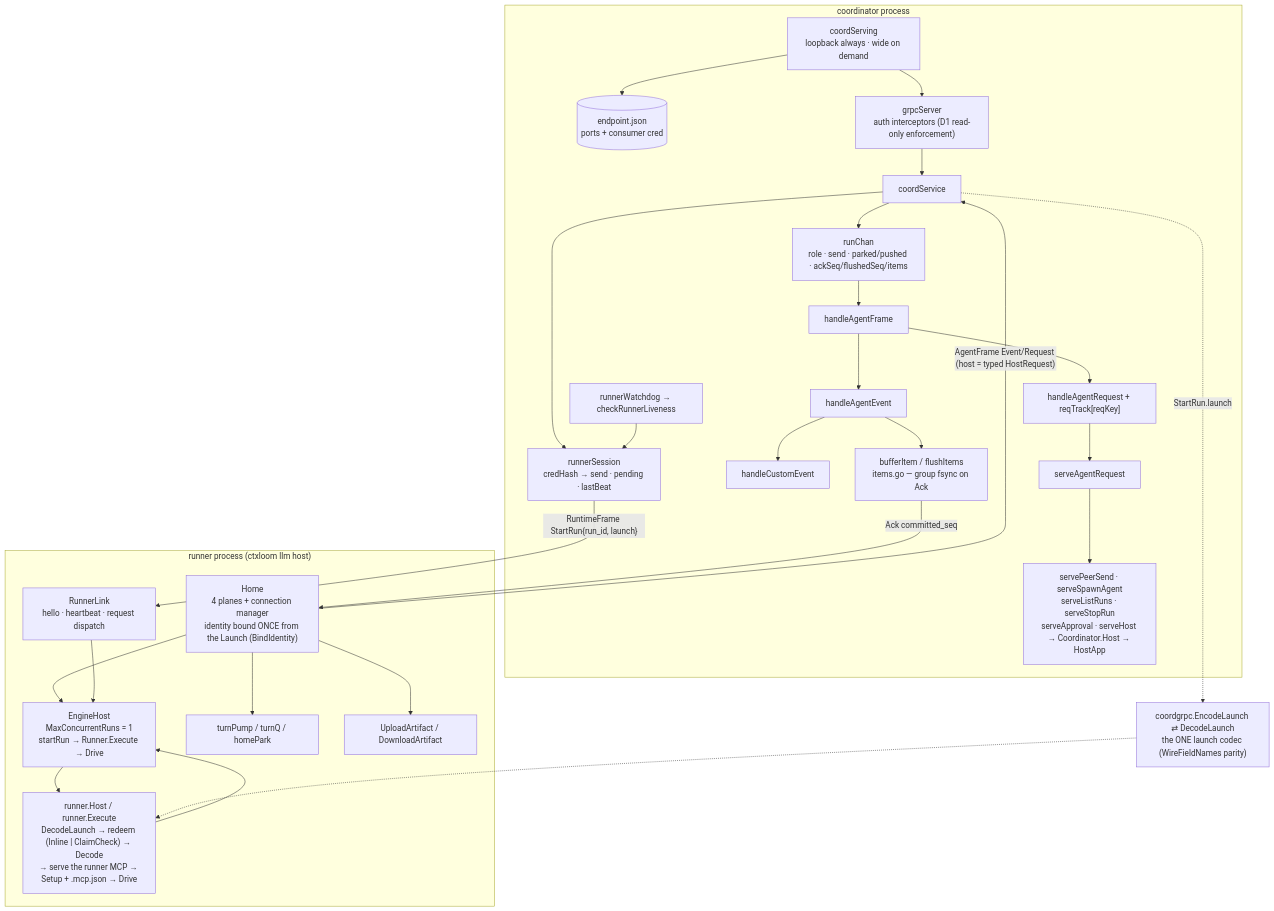
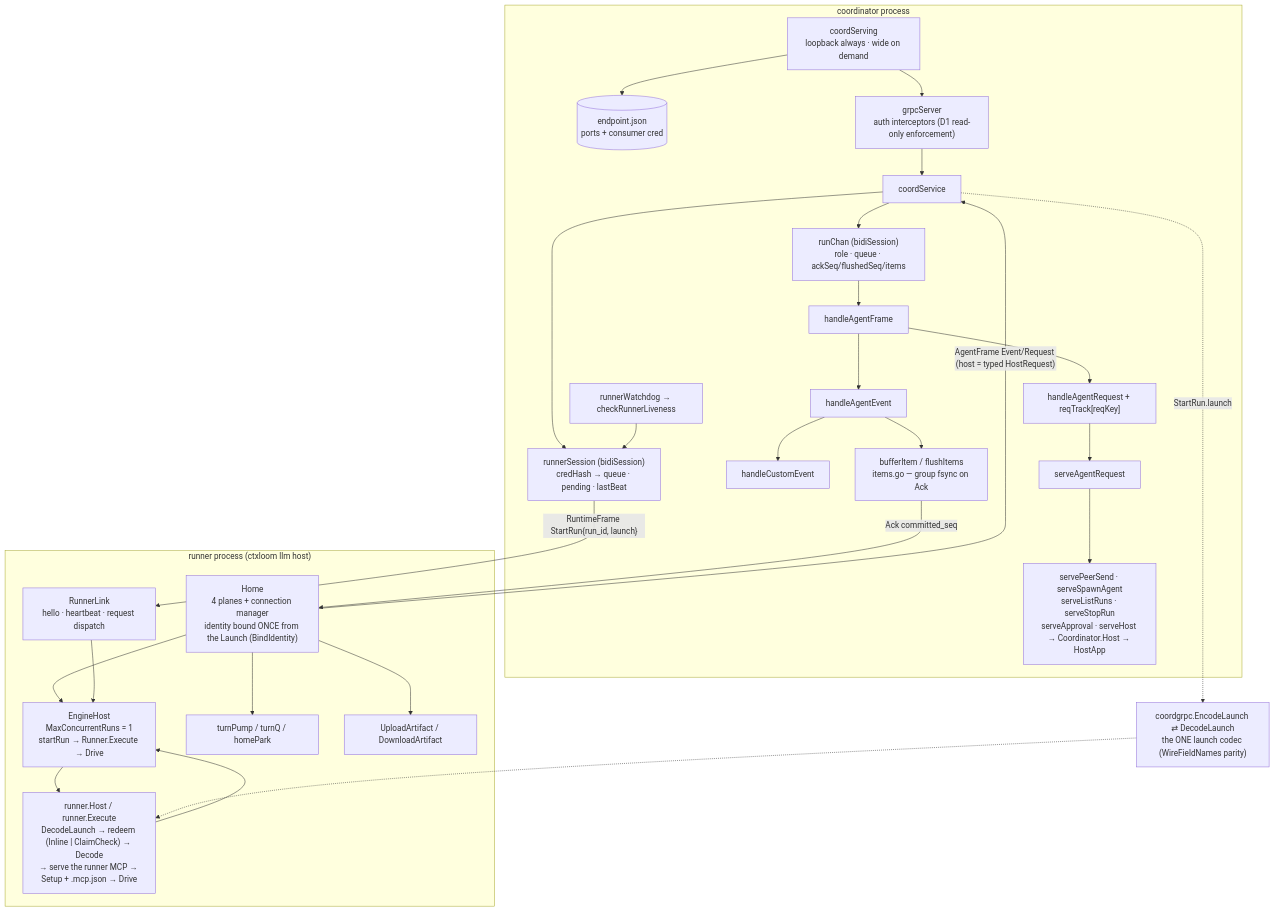
Before and after one commit to ctxloom/ctxloom: the diagram in docs/architecture/agentcoord/transport.md, drawn with Mermaid. The commit also changed other lines of this file and 7 other files, not shown here.

First line of the commit message:
docs(architecture): slice 10 as landed — §1.0 coord row, §1.1 coordgrpc, §1.7 bus; the agentcoord graphs

````diff
--- a/docs/architecture/agentcoord/transport.md
+++ b/docs/architecture/agentcoord/transport.md
@@ -14,44 +14,44 @@
 ```mermaid
 flowchart TD
   subgraph coordinator["coordinator process"]
     SRV["coordServing<br/>loopback always · wide on demand"]
     EP[("endpoint.json<br/>ports + consumer cred")]
     GS["grpcServer<br/>auth interceptors (D1 read-only enforcement)"]
     CS["coordService"]
-    RSESS["runnerSession<br/>credHash → send · pending · lastBeat"]
+    RSESS["runnerSession (bidiSession)<br/>credHash → queue · pending · lastBeat"]
     WD["runnerWatchdog → checkRunnerLiveness"]
-    CH["runChan<br/>role · send · parked/pushed · ackSeq/flushedSeq/items"]
+    CH["runChan (bidiSession)<br/>role · queue · ackSeq/flushedSeq/items"]
     HAF["handleAgentFrame"]
     HAE["handleAgentEvent"]
     HCE["handleCustomEvent"]
     HAR["handleAgentRequest + reqTrack[reqKey]"]
     SAR["serveAgentRequest"]
     VERBS["servePeerSend · serveSpawnAgent<br/>serveListRuns · serveStopRun<br/>serveApproval · serveHost → Coordinator.Host → HostApp"]
     ITEMS["bufferItem / flushItems<br/>items.go — group fsync on Ack"]
     SRV --> EP
     SRV --> GS --> CS
     CS --> RSESS
     CS --> CH --> HAF --> HAE --> HCE
     HAE --> ITEMS
     HAF --> HAR --> SAR --> VERBS
     WD --> RSESS
   end
   subgraph runner["runner process (ctxloom llm host)"]
     HOME["Home<br/>4 planes + connection manager<br/>identity bound ONCE from the Launch (BindIdentity)"]
     RL["RunnerLink<br/>hello · heartbeat · request dispatch"]
     EH["EngineHost<br/>MaxConcurrentRuns = 1<br/>startRun → Runner.Execute → Drive"]
     RUN["runner.Host / runner.Execute<br/>DecodeLaunch → redeem (Inline | ClaimCheck) → Decode<br/>→ serve the runner MCP → Setup + .mcp.json → Drive"]
     TP["turnPump / turnQ / homePark"]
     HA["UploadArtifact / DownloadArtifact"]
     HOME --> TP
     HOME --> HA
     HOME --> EH
     RL --> EH
     EH --> RUN --> EH
   end
   CODEC["coordgrpc.EncodeLaunch ⇄ DecodeLaunch<br/>the ONE launch codec (WireFieldNames parity)"]
   RSESS -->|"RuntimeFrame StartRun{run_id, launch}"| RL
   HOME -->|"AgentFrame Event/Request (host = typed HostRequest)"| CS
   ITEMS -->|"Ack committed_seq"| HOME
   CS -.->|"StartRun.launch"| CODEC -.-> RUN
 ```
````
